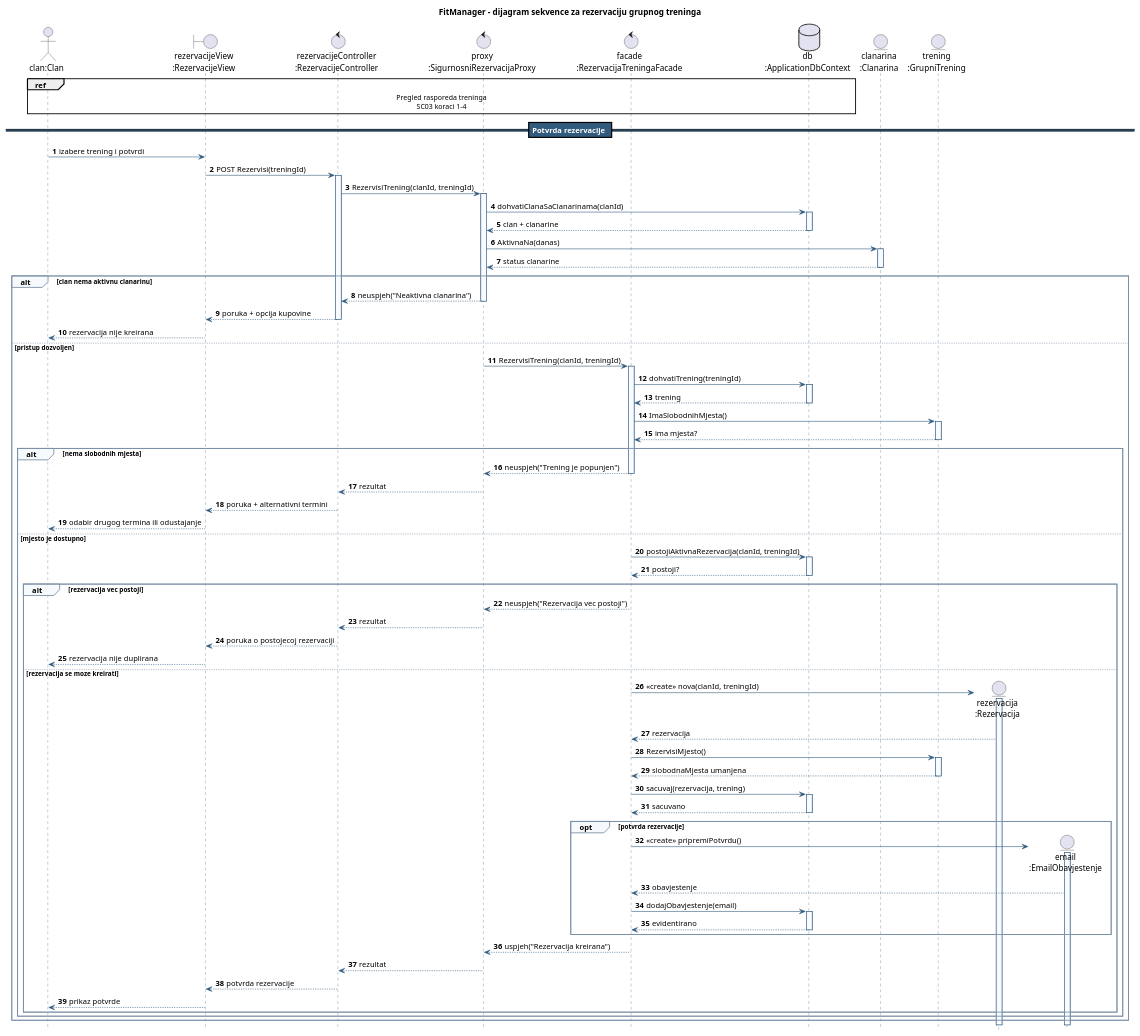
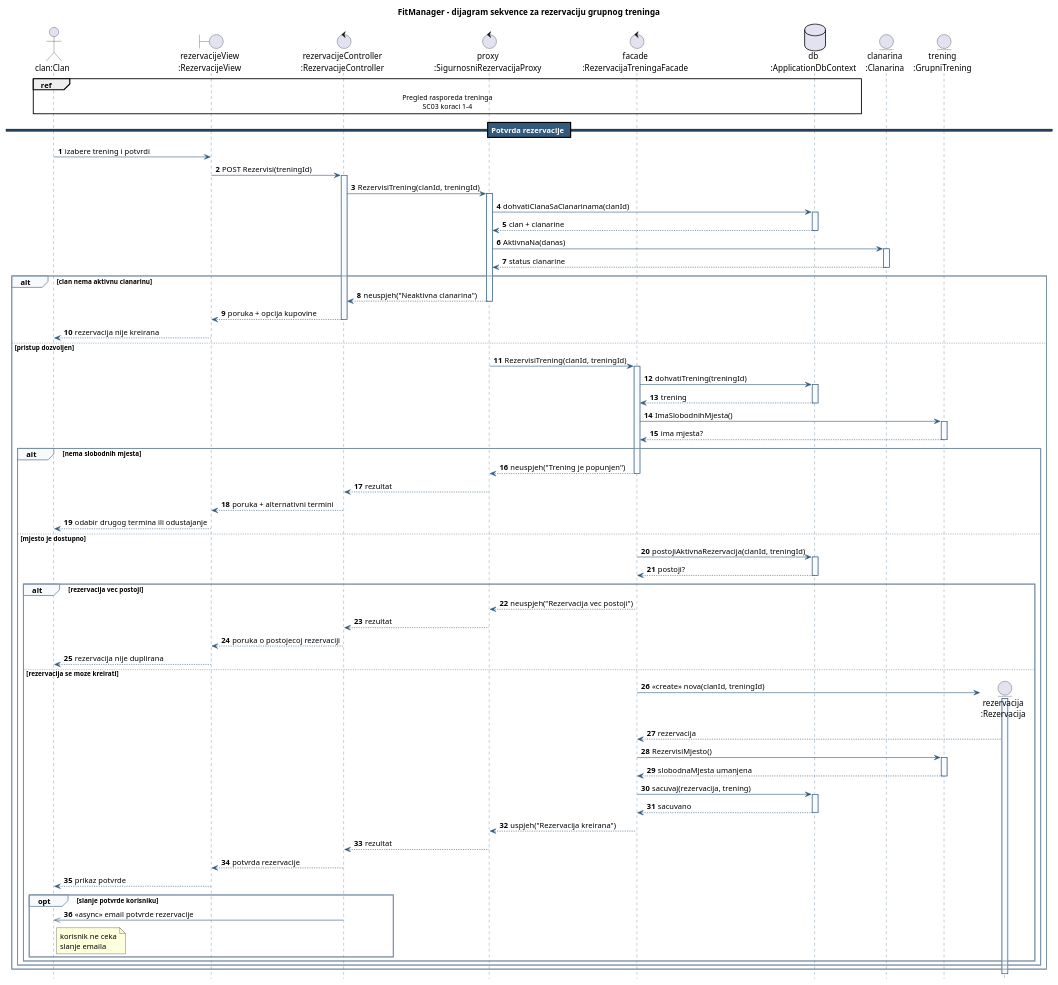
One commit to ooad-2025-26/Grupa3-Tim3 changed the diagram in TASK7/FitManager_RezervacijaTreninga_DijagramSekvence.puml. Above: the diagram before and after it, drawn with PlantUML.

```diff
--- a/TASK7/FitManager_RezervacijaTreninga_DijagramSekvence.puml
+++ b/TASK7/FitManager_RezervacijaTreninga_DijagramSekvence.puml
@@ -1,131 +1,160 @@
 @startuml FitManager_RezervacijaTreninga_DijagramSekvence
 title FitManager - dijagram sekvence za rezervaciju grupnog treninga
 
 autonumber
 hide footbox
 skinparam shadowing false
 skinparam defaultFontName Segoe UI
 skinparam sequence {
   ArrowColor #315A7D
   LifeLineBorderColor #315A7D
   LifeLineBackgroundColor #F8FBFF
   ParticipantBorderColor #315A7D
   ParticipantBackgroundColor #F8FBFF
   ParticipantFontName Segoe UI
   ParticipantFontSize 11
   BoxBorderColor #A6B5C4
   BoxBackgroundColor #FFFFFF
   GroupBorderColor #7A8FA5
   GroupBackgroundColor #F7FAFD
   DividerBackgroundColor #315A7D
   DividerFontColor #FFFFFF
 }
 
 actor "clan:Clan" as Clan
 boundary "rezervacijeView\n:RezervacijeView" as View
 control "rezervacijeController\n:RezervacijeController" as Controller
 control "proxy\n:SigurnosniRezervacijaProxy" as Proxy
 control "facade\n:RezervacijaTreningaFacade" as Facade
 database "db\n:ApplicationDbContext" as Db
 entity "clanarina\n:Clanarina" as Clanarina
 entity "trening\n:GrupniTrening" as Trening
 entity "rezervacija\n:Rezervacija" as Rezervacija
-entity "email\n:EmailObavjestenje" as Email
 
 ref over Clan, View, Controller, Db
   Pregled rasporeda treninga
   SC03 koraci 1-4
 end ref
 
 == Potvrda rezervacije ==
+
 Clan -> View : izabere trening i potvrdi
 View -> Controller : POST Rezervisi(treningId)
+
 activate Controller
+
 Controller -> Proxy : RezervisiTrening(clanId, treningId)
 activate Proxy
 
 Proxy -> Db : dohvatiClanaSaClanarinama(clanId)
 activate Db
 Db --> Proxy : clan + clanarine
 deactivate Db
+
 Proxy -> Clanarina : AktivnaNa(danas)
 activate Clanarina
 Clanarina --> Proxy : status clanarine
 deactivate Clanarina
 
 alt clan nema aktivnu clanarinu
+
   Proxy --> Controller : neuspjeh("Neaktivna clanarina")
   deactivate Proxy
+
   Controller --> View : poruka + opcija kupovine
   deactivate Controller
+
   View --> Clan : rezervacija nije kreirana
+
 else pristup dozvoljen
+
   Proxy -> Facade : RezervisiTrening(clanId, treningId)
   activate Facade
 
   Facade -> Db : dohvatiTrening(treningId)
   activate Db
   Db --> Facade : trening
   deactivate Db
+
   Facade -> Trening : ImaSlobodnihMjesta()
   activate Trening
   Trening --> Facade : ima mjesta?
   deactivate Trening
 
   alt nema slobodnih mjesta
+
     Facade --> Proxy : neuspjeh("Trening je popunjen")
     deactivate Facade
+
     Proxy --> Controller : rezultat
     deactivate Proxy
+
     Controller --> View : poruka + alternativni termini
     deactivate Controller
+
     View --> Clan : odabir drugog termina ili odustajanje
+
   else mjesto je dostupno
+
     Facade -> Db : postojiAktivnaRezervacija(clanId, treningId)
     activate Db
     Db --> Facade : postoji?
     deactivate Db
 
     alt rezervacija vec postoji
+
       Facade --> Proxy : neuspjeh("Rezervacija vec postoji")
       deactivate Facade
+
       Proxy --> Controller : rezultat
       deactivate Proxy
+
       Controller --> View : poruka o postojecoj rezervaciji
       deactivate Controller
+
       View --> Clan : rezervacija nije duplirana
+
     else rezervacija se moze kreirati
+
       create Rezervacija
       Facade -> Rezervacija ++ : <<create>> nova(clanId, treningId)
+
       Rezervacija --> Facade : rezervacija
+
       Facade -> Trening : RezervisiMjesto()
       activate Trening
       Trening --> Facade : slobodnaMjesta umanjena
       deactivate Trening
+
       Facade -> Db : sacuvaj(rezervacija, trening)
       activate Db
       Db --> Facade : sacuvano
       deactivate Db
 
-      opt potvrda rezervacije
-        create Email
-        Facade -> Email ++ : <<create>> pripremiPotvrdu()
-        Email --> Facade : obavjestenje
-        Facade -> Db : dodajObavjestenje(email)
-        activate Db
-        Db --> Facade : evidentirano
-        deactivate Db
+      Facade --> Proxy : uspjeh("Rezervacija kreirana")
+      deactivate Facade
+
+      Proxy --> Controller : rezultat
+      deactivate Proxy
+
+      Controller --> View : potvrda rezervacije
+      deactivate Controller
+
+      View --> Clan : prikaz potvrde
+
+      opt slanje potvrde korisniku
+
+        Controller ->> Clan : <<async>> email potvrde rezervacije
+
+        note right of Clan
+          korisnik ne ceka
+          slanje emaila
+        end note
+
       end
 
-      Facade --> Proxy : uspjeh("Rezervacija kreirana")
-      deactivate Facade
-      Proxy --> Controller : rezultat
-      deactivate Proxy
-      Controller --> View : potvrda rezervacije
-      deactivate Controller
-      View --> Clan : prikaz potvrde
     end
   end
 end
 
 @enduml
```
